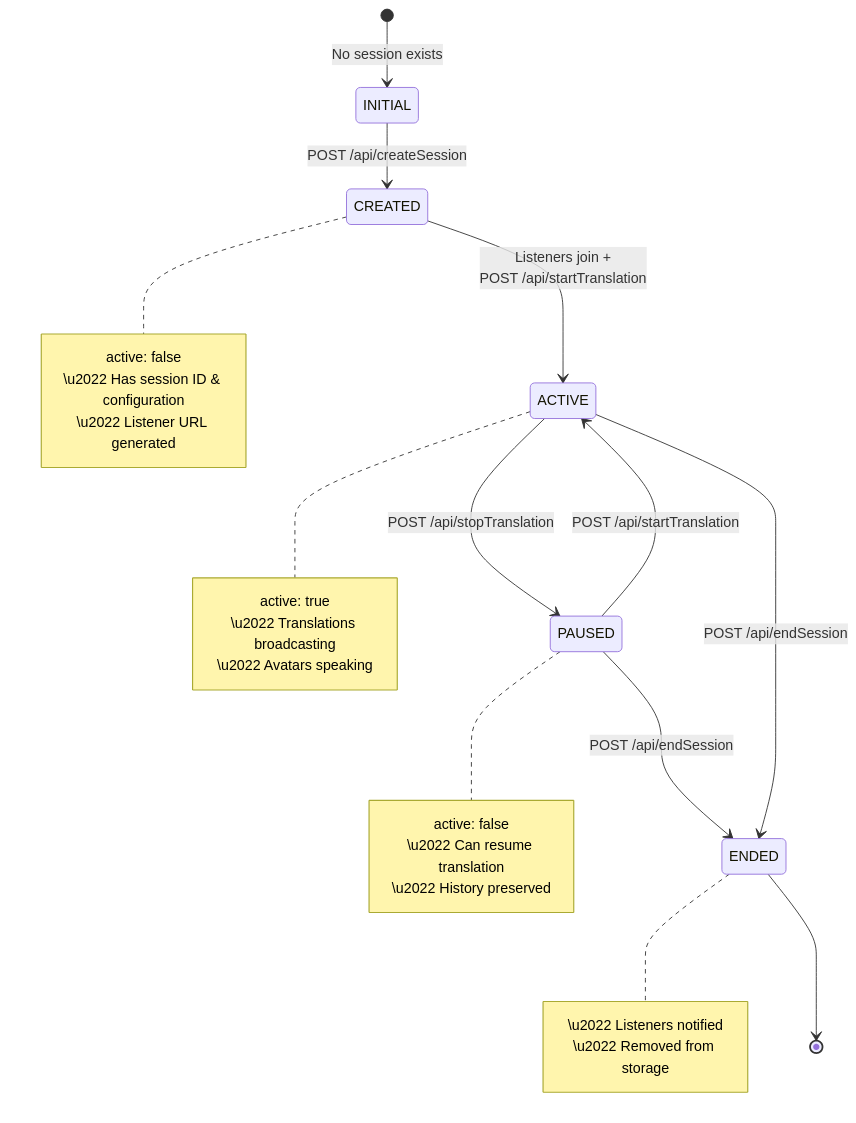
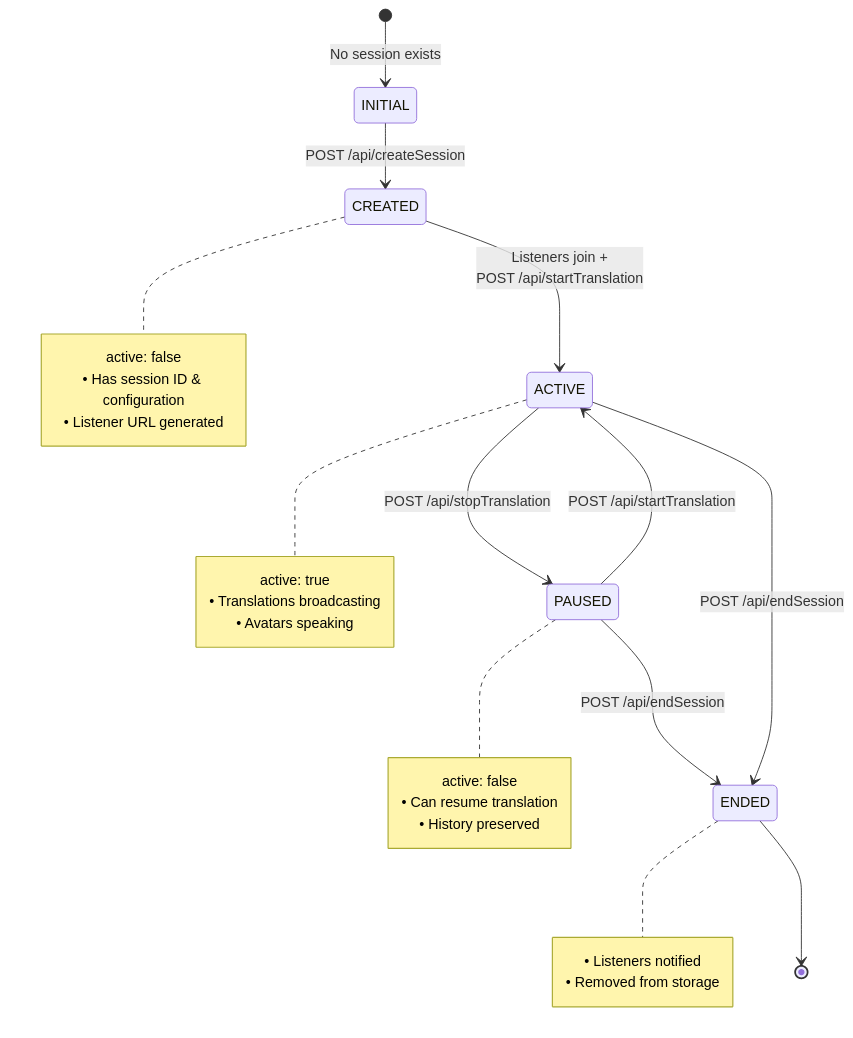
One commit to l-sudarsan/avatar-translation changed the tenth of 10 diagrams in docs/1-ARCHITECTURE.md. Above: the diagram before and after it, drawn with Mermaid. The commit also changed other lines of this file and 3 other files, not shown here.

First line of the commit message:
architecture

````diff
--- a/docs/1-ARCHITECTURE.md
+++ b/docs/1-ARCHITECTURE.md
@@ -218,36 +218,36 @@
 ```mermaid
 stateDiagram-v2
     [*] --> INITIAL: No session exists
     
     INITIAL --> CREATED: POST /api/createSession
     note right of CREATED
         active: false
-        \u2022 Has session ID & configuration
-        \u2022 Listener URL generated
+        • Has session ID & configuration
+        • Listener URL generated
     end note
     
     CREATED --> ACTIVE: Listeners join +<br/>POST /api/startTranslation
     note right of ACTIVE
         active: true
-        \u2022 Translations broadcasting
-        \u2022 Avatars speaking
+        • Translations broadcasting
+        • Avatars speaking
     end note
     
     ACTIVE --> PAUSED: POST /api/stopTranslation
     note right of PAUSED
         active: false
-        \u2022 Can resume translation
-        \u2022 History preserved
+        • Can resume translation
+        • History preserved
     end note
     
     PAUSED --> ACTIVE: POST /api/startTranslation
     PAUSED --> ENDED: POST /api/endSession
     ACTIVE --> ENDED: POST /api/endSession
     
     note right of ENDED
-        \u2022 Listeners notified
-        \u2022 Removed from storage
+        • Listeners notified
+        • Removed from storage
     end note
     
     ENDED --> [*]
 ```
````
